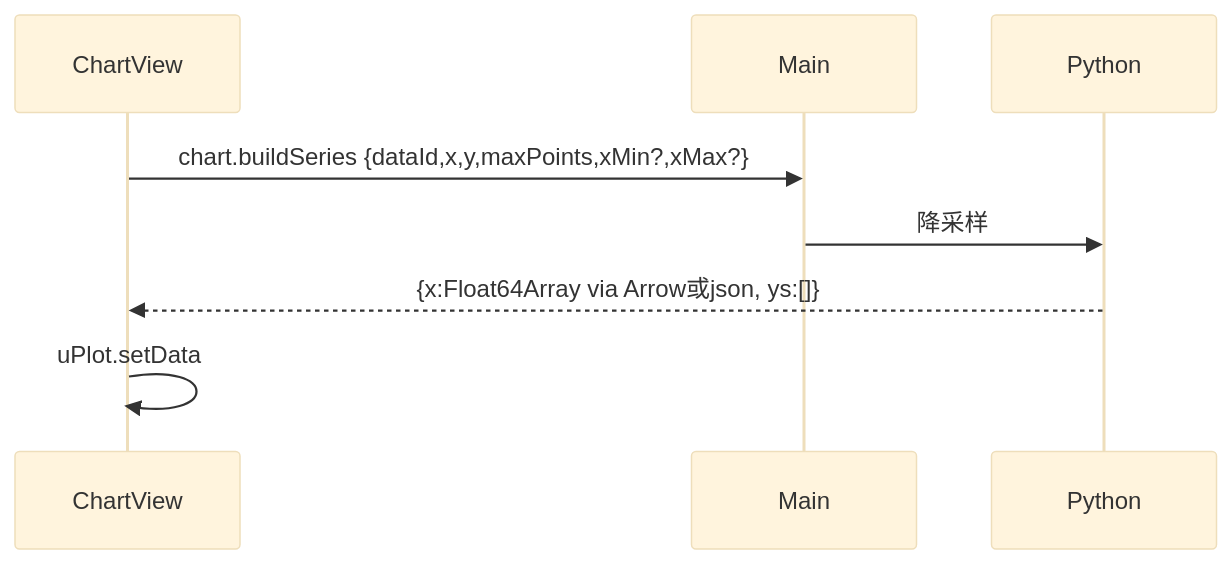
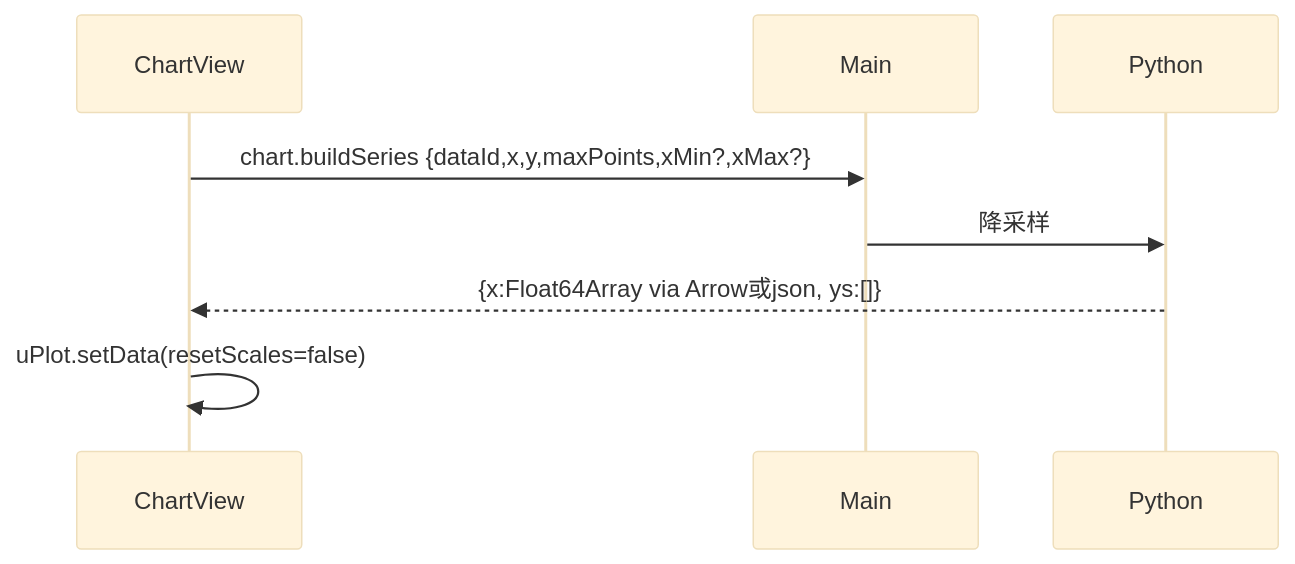
One commit to Kinvy66/DataWorkbench changed the diagram in docs/dev_plan/10-chart.md. Above: the diagram before and after it, drawn with Mermaid (base theme). The commit also changed other lines of this file and 19 other files, not shown here.

````diff
--- a/docs/dev_plan/10-chart.md
+++ b/docs/dev_plan/10-chart.md
@@ -27,11 +27,11 @@
 ```mermaid
 sequenceDiagram
     participant UI as ChartView
     participant M as Main
     participant P as Python
 
     UI->>M: chart.buildSeries {dataId,x,y,maxPoints,xMin?,xMax?}
     M->>P: 降采样
     P-->>UI: {x:Float64Array via Arrow或json, ys:[]}
-    UI->>UI: uPlot.setData
+    UI->>UI: uPlot.setData(resetScales=false)
 ```
````
